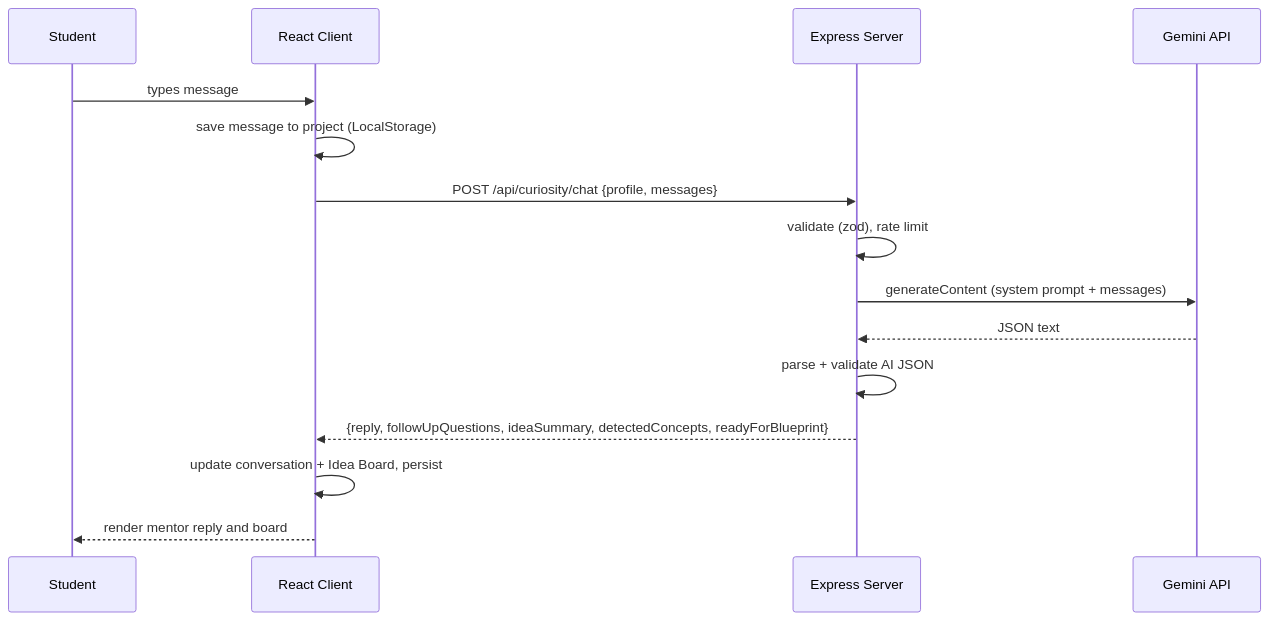
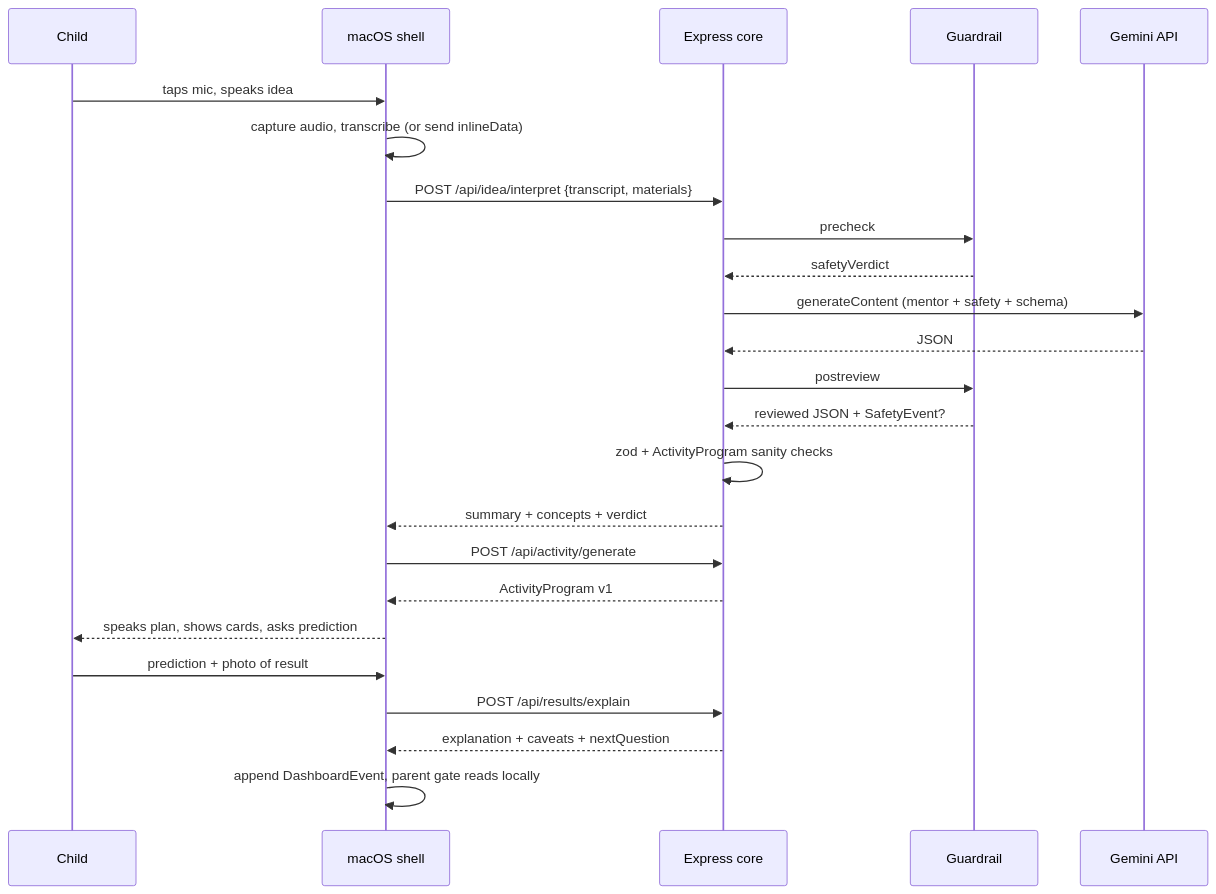
The second of 3 diagrams in ARCHITECTURE.md (MrEGAMERZ/Curioforge), drawn with Mermaid before and after one commit. The commit also changed other lines of this file and 63 other files, not shown here.

````diff
--- a/ARCHITECTURE.md
+++ b/ARCHITECTURE.md
@@ -119,17 +191,26 @@
 ```mermaid
 sequenceDiagram
-  participant S as Student
-  participant C as React Client
-  participant X as Express Server
-  participant G as Gemini API
-  S->>C: types message
-  C->>C: save message to project (LocalStorage)
-  C->>X: POST /api/curiosity/chat {profile, messages}
-  X->>X: validate (zod), rate limit
-  X->>G: generateContent (system prompt + messages)
-  G-->>X: JSON text
-  X->>X: parse + validate AI JSON
-  X-->>C: {reply, followUpQuestions, ideaSummary, detectedConcepts, readyForBlueprint}
-  C->>C: update conversation + Idea Board, persist
-  C-->>S: render mentor reply and board
+  participant C as Child
+  participant S as macOS shell
+  participant X as Express core
+  participant G as Guardrail
+  participant M as Gemini API
+  C->>S: taps mic, speaks idea
+  S->>S: capture audio, transcribe (or send inlineData)
+  S->>X: POST /api/idea/interpret {transcript, materials}
+  X->>G: precheck
+  G-->>X: safetyVerdict
+  X->>M: generateContent (mentor + safety + schema)
+  M-->>X: JSON
+  X->>G: postreview
+  G-->>X: reviewed JSON + SafetyEvent?
+  X->>X: zod + ActivityProgram sanity checks
+  X-->>S: summary + concepts + verdict
+  S->>X: POST /api/activity/generate
+  X-->>S: ActivityProgram v1
+  S-->>C: speaks plan, shows cards, asks prediction
+  C->>S: prediction + photo of result
+  S->>X: POST /api/results/explain
+  X-->>S: explanation + caveats + nextQuestion
+  S->>S: append DashboardEvent, parent gate reads locally
 ```
````
